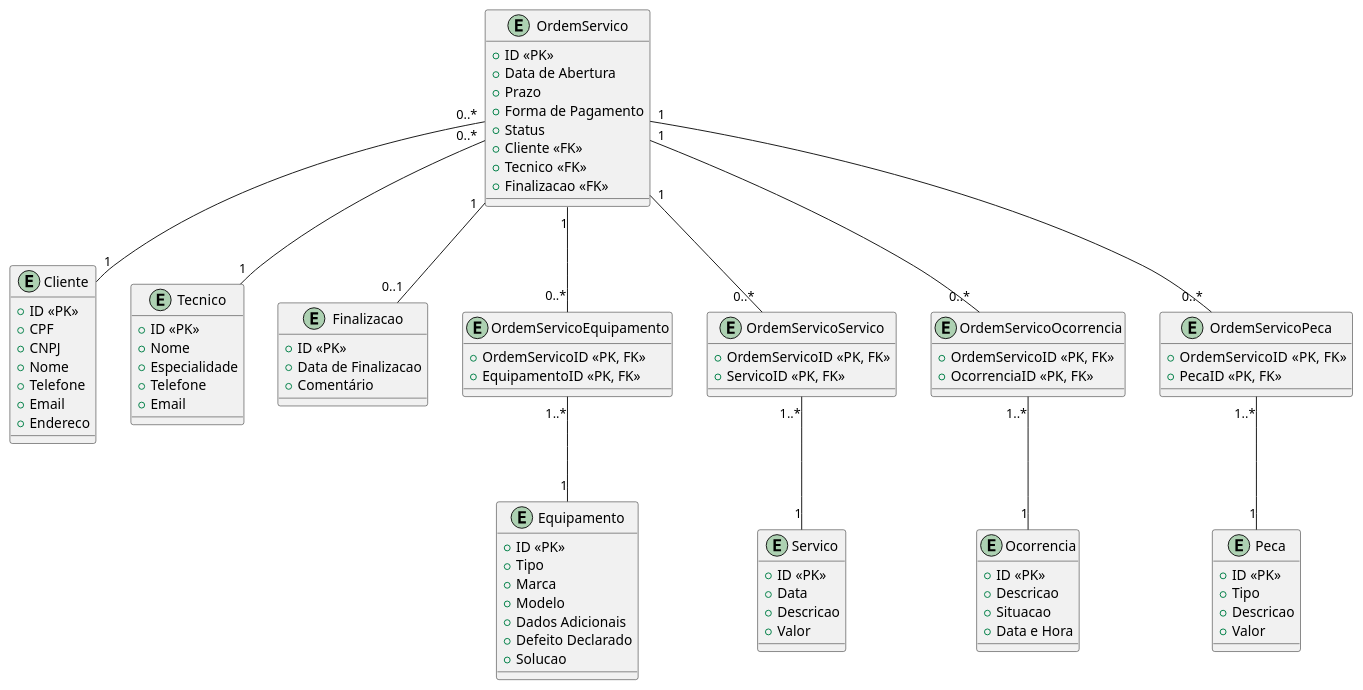
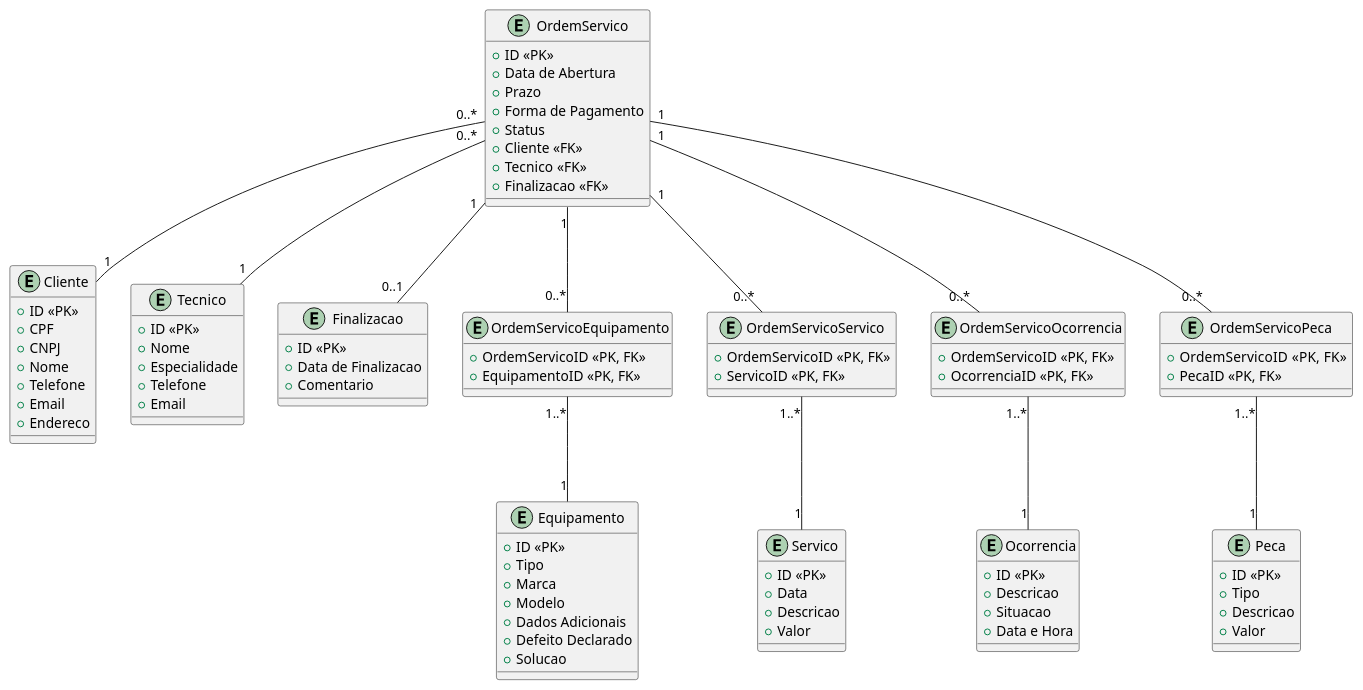
The diagram in ProjetoPessoal/files/database/diagrama_ordem_servico.plantuml (joaopedropinto/Trilha-DotNet-Grupo5), drawn with PlantUML before and after one commit.

Commit message:
corrigindo caracteres especiais

```diff
--- a/ProjetoPessoal/files/database/diagrama_ordem_servico.plantuml
+++ b/ProjetoPessoal/files/database/diagrama_ordem_servico.plantuml
@@ -1,102 +1,102 @@
 @startuml Gestao de Ordem de Servico
 entity OrdemServico {
 + ID <<PK>>
   + Data de Abertura
   + Prazo
   + Forma de Pagamento
   + Status
 + Cliente <<FK>>
 + Tecnico <<FK>>
 + Finalizacao <<FK>>
 }
 
 entity Cliente {
 + ID <<PK>>
   + CPF
   + CNPJ
   + Nome
   + Telefone
   + Email
   + Endereco
 }
 
 entity Tecnico {
 + ID <<PK>>
   + Nome
   + Especialidade
   + Telefone
   + Email
 }
 
 
 entity Equipamento {
 + ID <<PK>>
   + Tipo
   + Marca
   + Modelo
   + Dados Adicionais
   + Defeito Declarado
   + Solucao
 }
 
 entity Servico {
 + ID <<PK>>
   + Data
   + Descricao
   + Valor
 }
 
 entity Ocorrencia {
 + ID <<PK>>
   + Descricao
   + Situacao
   + Data e Hora
 }
 
 
 entity Peca {
 + ID <<PK>>
   + Tipo
   + Descricao
   + Valor
 }
 
 entity Finalizacao {
 + ID <<PK>>
   + Data de Finalizacao
-  + Comentário
+  + Comentario
 }
 
 entity OrdemServicoEquipamento{
  + OrdemServicoID <<PK, FK>>
  + EquipamentoID <<PK, FK>>
 }
 
 entity OrdemServicoServico {
  + OrdemServicoID <<PK, FK>>
  + ServicoID <<PK, FK>>
 }
 
 entity OrdemServicoOcorrencia{
   + OrdemServicoID <<PK, FK>>
   + OcorrenciaID <<PK, FK>>
 }
 
 entity OrdemServicoPeca {
   + OrdemServicoID  <<PK, FK>>
   + PecaID <<PK, FK>>
 }
 
 
 OrdemServico "0..*" -- "1" Cliente
 OrdemServico "0..*" --"1" Tecnico
 OrdemServico "1" -- "0..*" OrdemServicoEquipamento
 OrdemServicoEquipamento"1..*" -- "1" Equipamento
 OrdemServico "1" -- "0..*" OrdemServicoServico
 OrdemServicoServico"1..*" -- "1" Servico
 OrdemServico "1" -- "0..*" OrdemServicoOcorrencia
 OrdemServico "1" -- "0..*" OrdemServicoPeca
 OrdemServicoOcorrencia"1..*" -- "1" Ocorrencia
 OrdemServicoPeca "1..*" -- "1" Peca
 OrdemServico "1" --"0..1" Finalizacao
 @enduml
```
